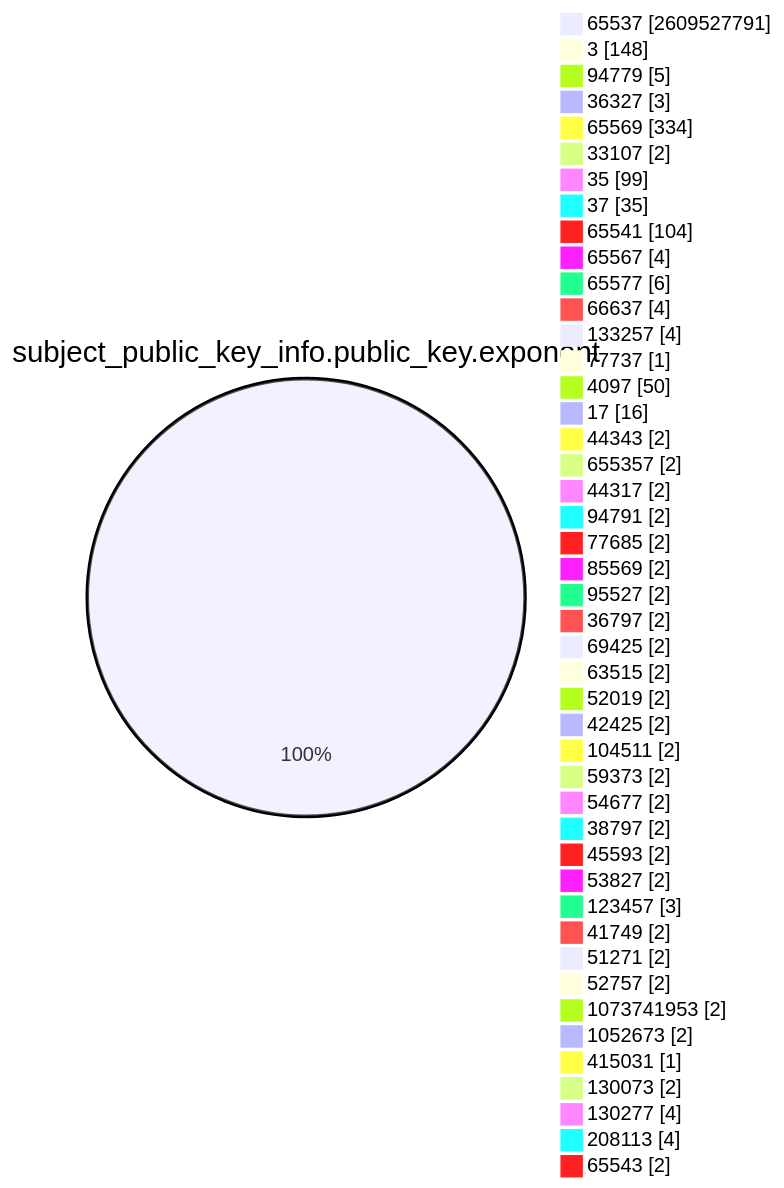
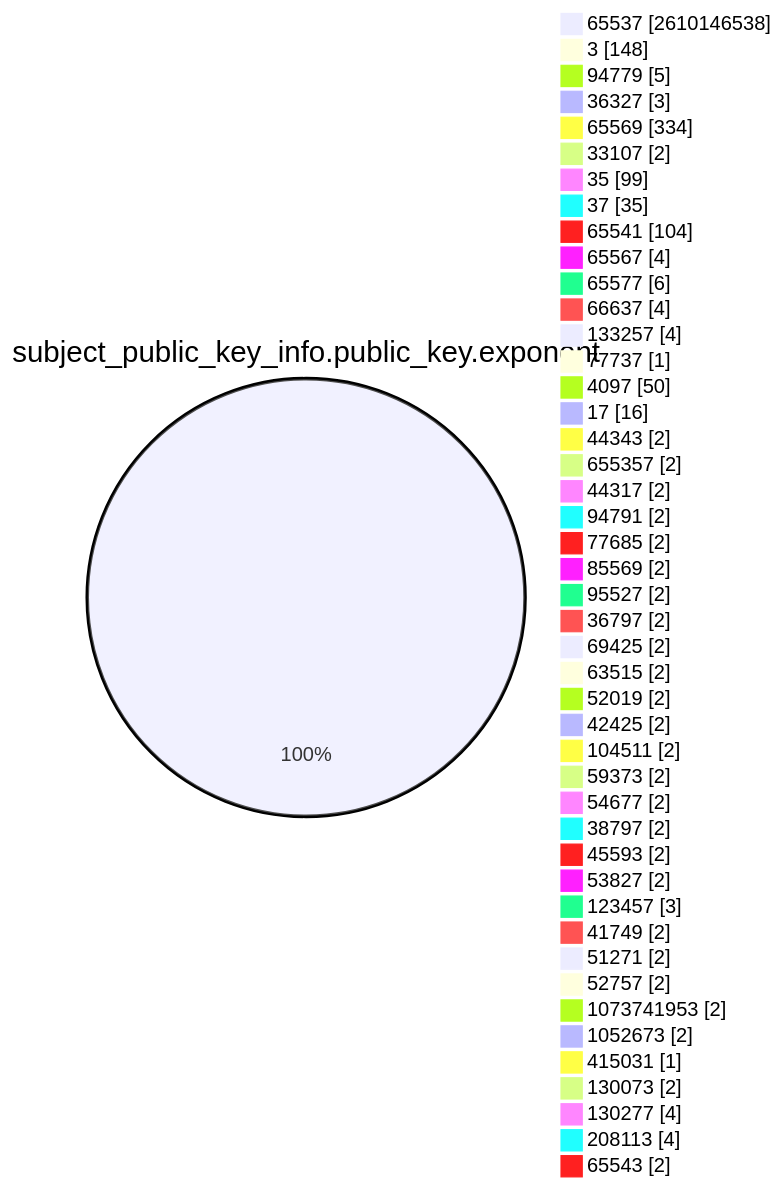
Before and after one commit to christiankrug/ctmonitor_visualization: the fourth of 15 diagrams in TOTAL/README.md, drawn with Mermaid. The commit also changed other lines of this file, not shown here.

````diff
--- a/TOTAL/README.md
+++ b/TOTAL/README.md
@@ -1465,49 +1465,49 @@
 ```mermaid
 pie showData
 title subject_public_key_info.public_key.exponent
-"65537" :2609527791
+"65537" :2610146538
 "3" :148
 "94779" :5
 "36327" :3
 "65569" :334
 "33107" :2
 "35" :99
 "37" :35
 "65541" :104
 "65567" :4
 "65577" :6
 "66637" :4
 "133257" :4
 "77737" :1
 "4097" :50
 "17" :16
 "44343" :2
 "655357" :2
 "44317" :2
 "94791" :2
 "77685" :2
 "85569" :2
 "95527" :2
 "36797" :2
 "69425" :2
 "63515" :2
 "52019" :2
 "42425" :2
 "104511" :2
 "59373" :2
 "54677" :2
 "38797" :2
 "45593" :2
 "53827" :2
 "123457" :3
 "41749" :2
 "51271" :2
 "52757" :2
 "1073741953" :2
 "1052673" :2
 "415031" :1
 "130073" :2
 "130277" :4
 "208113" :4
 "65543" :2
 ```
````
